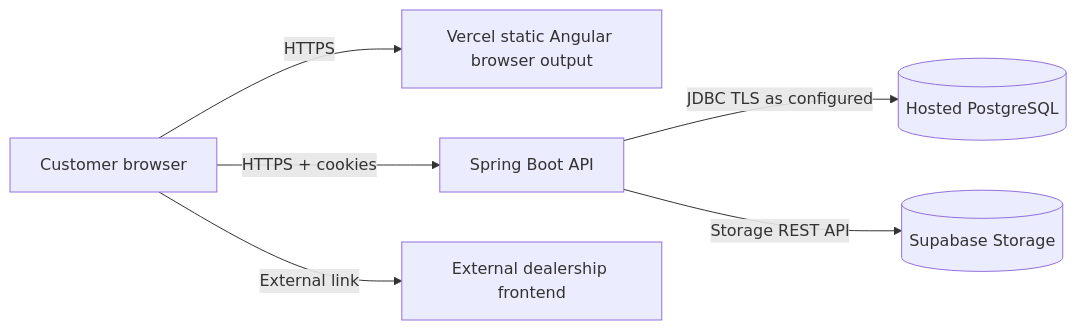
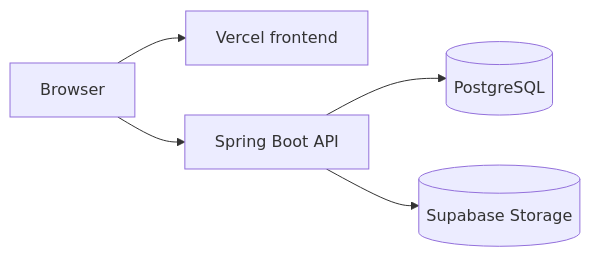
The ninth of 9 diagrams in README.md (yassineao/poetsanders), drawn with Mermaid before and after one commit. The commit also changed other lines of this file and 1 other file, not shown here.

````diff
--- a/README.md
+++ b/README.md
@@ -1651,15 +699,13 @@
 ```mermaid
 flowchart LR
-    Browser[Customer browser]
-    Vercel[Vercel static Angular browser output]
+    Browser[Browser]
+    Vercel[Vercel frontend]
     API[Spring Boot API]
-    DB[(Hosted PostgreSQL)]
+    DB[(PostgreSQL)]
     Storage[(Supabase Storage)]
-    Dealer[External dealership frontend]
 
-    Browser -->|HTTPS| Vercel
-    Browser -->|HTTPS + cookies| API
-    Browser -->|External link| Dealer
-    API -->|JDBC TLS as configured| DB
-    API -->|Storage REST API| Storage
+    Browser --> Vercel
+    Browser --> API
+    API --> DB
+    API --> Storage
 ```
````
